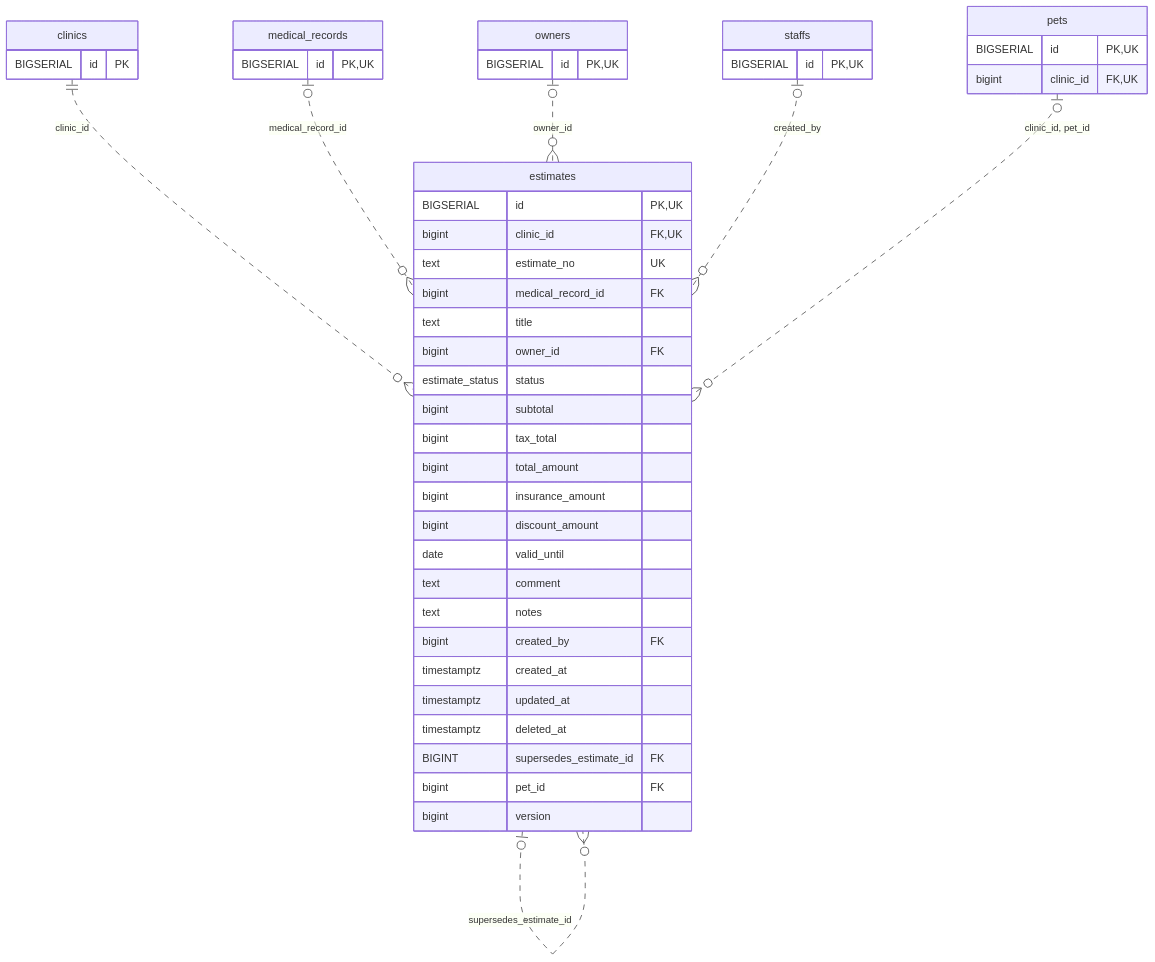
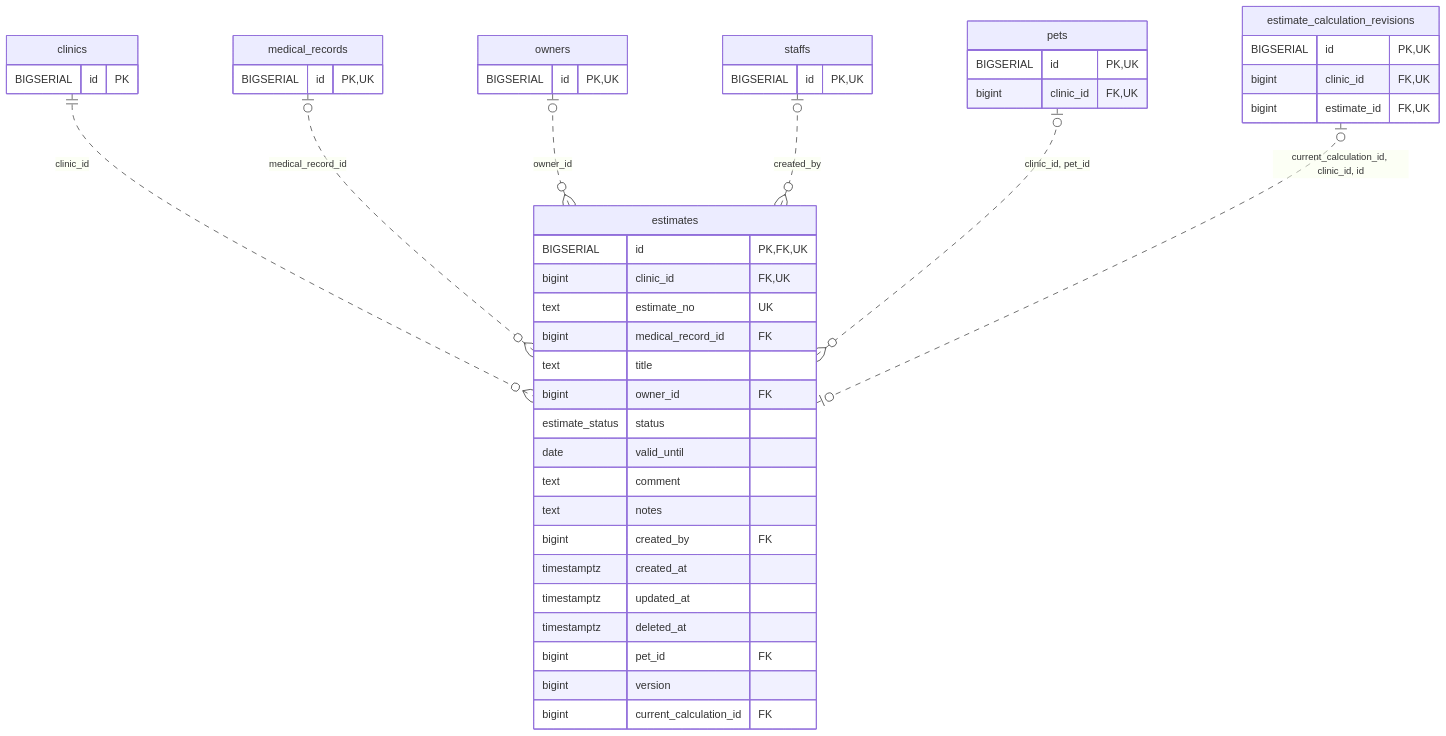
The diagram in docs/architecture/erd-detail/estimates.md (MinoruSoga/AnimalEkarte), drawn with Mermaid before and after one commit. The commit also changed other lines of this file and 147 other files, not shown here.

````diff
--- a/docs/architecture/erd-detail/estimates.md
+++ b/docs/architecture/erd-detail/estimates.md
@@ -45,49 +40,49 @@
 ```mermaid
 erDiagram
     estimates {
-        BIGSERIAL id PK,UK
+        BIGSERIAL id PK,FK,UK
         bigint clinic_id FK,UK
         text estimate_no UK
         bigint medical_record_id FK
         text title
         bigint owner_id FK
         estimate_status status
-        bigint subtotal
-        bigint tax_total
-        bigint total_amount
-        bigint insurance_amount
-        bigint discount_amount
         date valid_until
         text comment
         text notes
         bigint created_by FK
         timestamptz created_at
         timestamptz updated_at
         timestamptz deleted_at
-        BIGINT supersedes_estimate_id FK
         bigint pet_id FK
         bigint version
+        bigint current_calculation_id FK
     }
     clinics {
         BIGSERIAL id PK
+    }
+    estimate_calculation_revisions {
+        BIGSERIAL id PK,UK
+        bigint clinic_id FK,UK
+        bigint estimate_id FK,UK
     }
     medical_records {
         BIGSERIAL id PK,UK
     }
     owners {
         BIGSERIAL id PK,UK
     }
     pets {
         BIGSERIAL id PK,UK
         bigint clinic_id FK,UK
     }
     staffs {
         BIGSERIAL id PK,UK
     }
     clinics ||..o{ estimates : "clinic_id"
     medical_records o|..o{ estimates : "medical_record_id"
     owners o|..o{ estimates : "owner_id"
     staffs o|..o{ estimates : "created_by"
-    estimates o|..o{ estimates : "supersedes_estimate_id"
     pets o|..o{ estimates : "clinic_id, pet_id"
+    estimate_calculation_revisions o|..o| estimates : "current_calculation_id, clinic_id, id"
 ```
````
